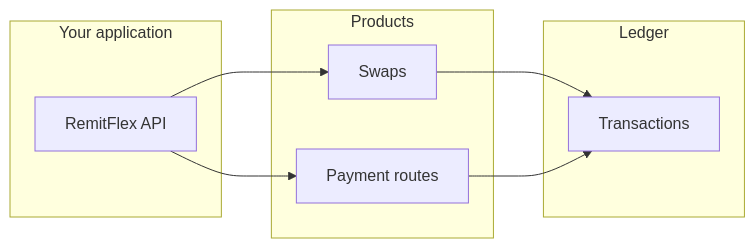
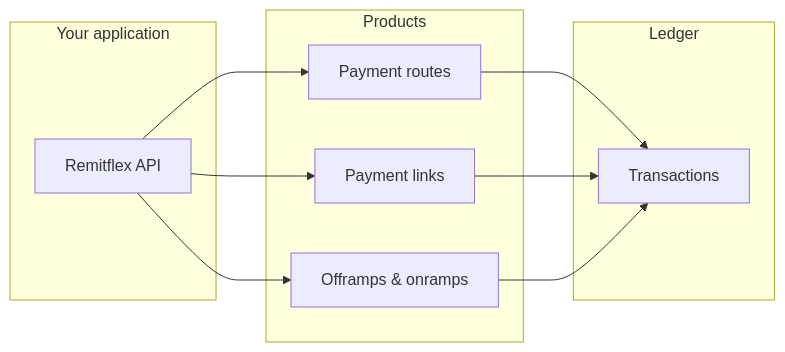
One commit to Remitflex/mintlify-docs changed the diagram in introduction.mdx. Above: the diagram before and after it, drawn with Mermaid. The commit also changed other lines of this file and 35 other files, not shown here.

First line of the commit message:
Sync Mintlify docs with live payment links, fiat rails, and OpenAPI.

````diff
--- a/introduction.mdx
+++ b/introduction.mdx
@@ -48,17 +61,20 @@
 ```mermaid
 flowchart LR
   subgraph YourApp["Your application"]
-    API[RemitFlex API]
+    API[Remitflex API]
   end
   subgraph Products["Products"]
-    Swaps[Swaps]
     Routes[Payment routes]
+    Links[Payment links]
+    Fiat[Offramps & onramps]
   end
   subgraph Ledger["Ledger"]
     Tx[Transactions]
   end
-  API --> Swaps
   API --> Routes
-  Swaps --> Tx
+  API --> Links
+  API --> Fiat
   Routes --> Tx
+  Links --> Tx
+  Fiat --> Tx
 ```
````
